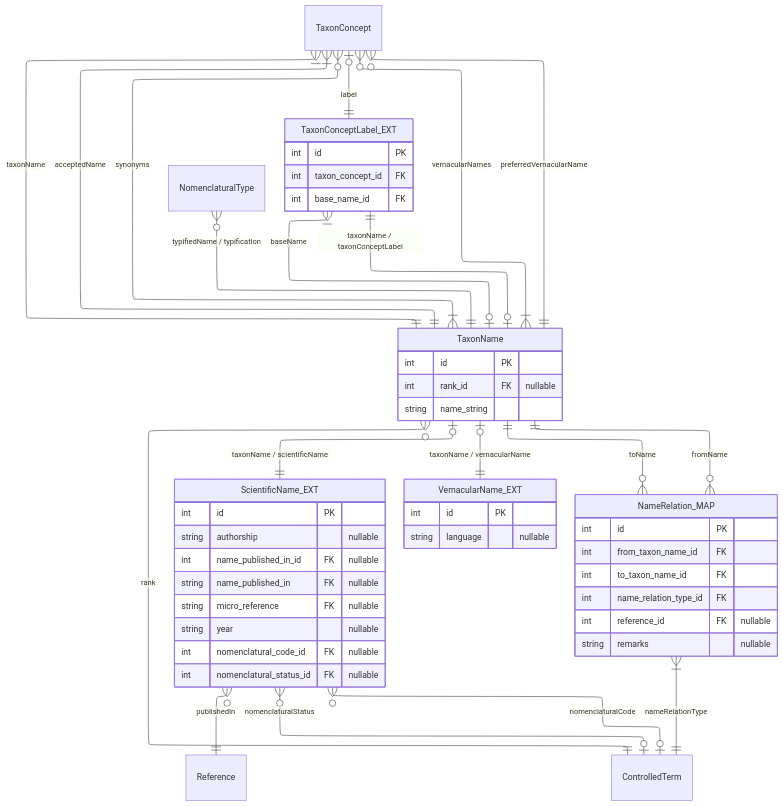
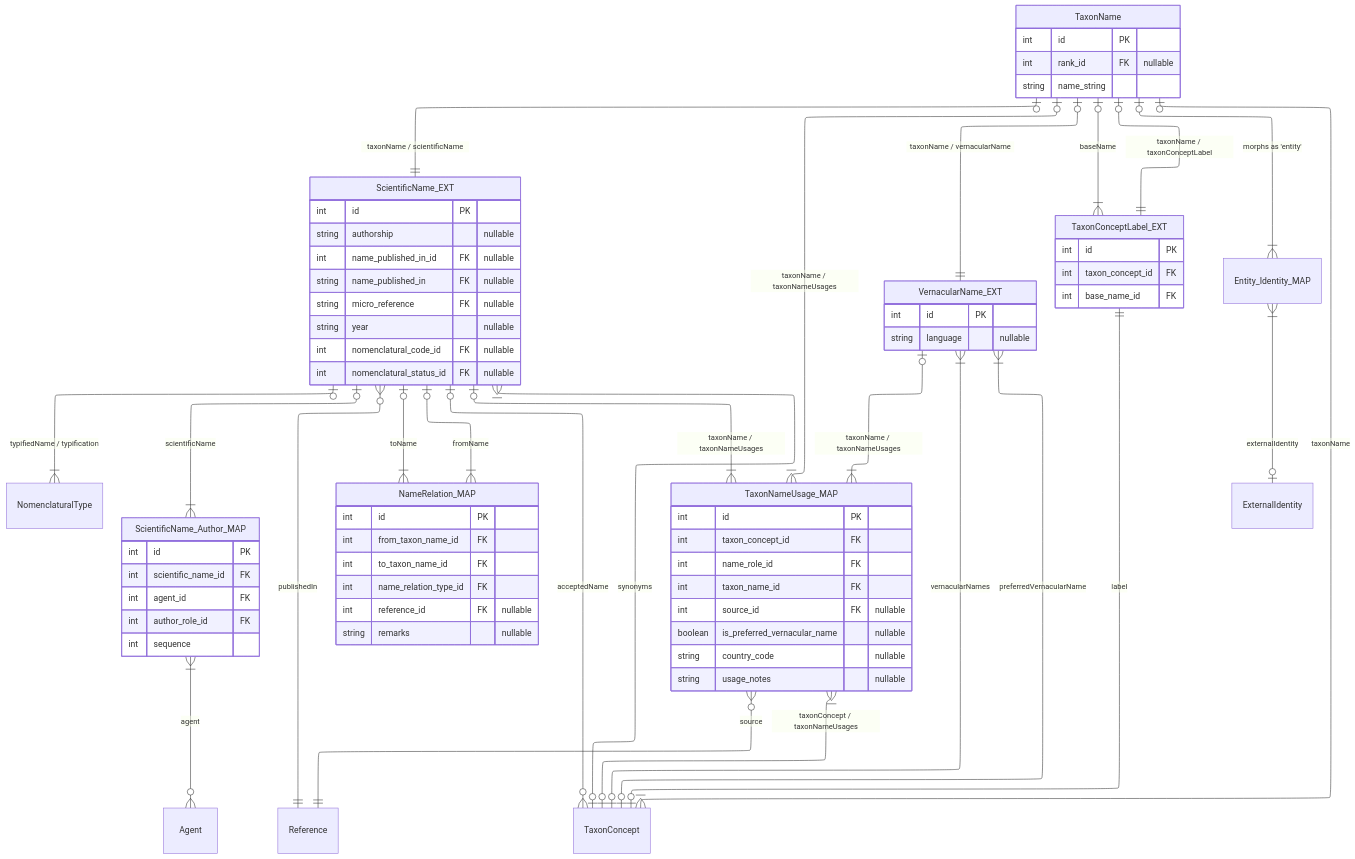
The third of 18 diagrams in docs/layers.md (vicflora/vicflora-data-model-2026), drawn with Mermaid before and after one commit. The commit also changed other lines of this file and 2 other files, not shown here.

````diff
--- a/docs/layers.md
+++ b/docs/layers.md
@@ -88,26 +116,68 @@
     layout: elk
 ---
 erDiagram
-    TaxonConcept }|--|| TaxonName : "taxonName"
-    TaxonConcept }|--|| TaxonName : "acceptedName"
-    TaxonConcept }o--|{ TaxonName : "synonyms"
-    TaxonConcept }o--|{ TaxonName : "vernacularNames"
-    TaxonConcept }o--|| TaxonName : "preferredVernacularName"
-    NomenclaturalType }o--|| TaxonName : "typifiedName / typification"
+
+    %% Sidecars
     TaxonName |o--|| ScientificName_EXT : "taxonName / scientificName"
+
+    %% Typification
+    ScientificName_EXT |o--|{ NomenclaturalType : "typifiedName / typification"
+
+    %% Scientific Name authorship
+    ScientificName_EXT |o--|{ ScientificName_Author_MAP : scientificName
+    ScientificName_Author_MAP }|--o{ Agent : agent
     ScientificName_EXT }o--|| Reference : "publishedIn"
+
     TaxonName |o--|| VernacularName_EXT : "taxonName / vernacularName"
-    TaxonName }o--|| ControlledTerm : "rank"
-    ScientificName_EXT }o--o| ControlledTerm: "nomenclaturalStatus"
-    ScientificName_EXT }o--o| ControlledTerm: "nomenclaturalCode"
+
+    %% The Syntactic Relationships
+    ScientificName_EXT |o--|{ NameRelation_MAP : "fromName"
+    ScientificName_EXT |o--|{ NameRelation_MAP : "toName"
+
+    %% Taxon Name <--> Taxon Concept relationships
+    TaxonName |o--|{ TaxonConcept : "taxonName"
+    ScientificName_EXT |o--o{ TaxonConcept : "acceptedName"
+    ScientificName_EXT }|--o| TaxonConcept : "synonyms"
+    VernacularName_EXT }|--o| TaxonConcept : "vernacularNames"
+    VernacularName_EXT }|--o| TaxonConcept : "preferredVernacularName"
+
+    TaxonName |o--|{ TaxonNameUsage_MAP : "taxonName / taxonNameUsages"
+    ScientificName_EXT |o--|{ TaxonNameUsage_MAP : "taxonName / taxonNameUsages"
+    VernacularName_EXT |o--|{ TaxonNameUsage_MAP : "taxonName / taxonNameUsages"
+    TaxonNameUsage_MAP }|--o| TaxonConcept : "taxonConcept / taxonNameUsages"
+    TaxonNameUsage_MAP }o--|| Reference : "source"
+    
+
     TaxonName |o--|| TaxonConceptLabel_EXT : "taxonName / taxonConceptLabel"
-    TaxonConcept |o--|| TaxonConceptLabel_EXT : "label"
-    TaxonConceptLabel_EXT }|--o| TaxonName : baseName
+
+
+
+
+    %% Taxon Concept Label
+    TaxonConceptLabel_EXT ||--o| TaxonConcept : "label"
+    TaxonName |o--|{ TaxonConceptLabel_EXT : baseName
+
+    %% External identifiers
+    TaxonName |o--|{ Entity_Identity_MAP : "morphs as 'entity'"
+    Entity_Identity_MAP }|--o| ExternalIdentity : "externalIdentity"
+
+    %% ScientificName_EXT }o--o| ControlledTerm: "nomenclaturalStatus"
+    %% ScientificName_EXT }o--o| ControlledTerm: "nomenclaturalCode"
+    %% ScientificName_Author_MAP }|--o| ControlledTerm : authorRole
+    %% NameRelation_MAP }|--o| ControlledTerm : "nameRelationType"
+    %% TaxonNameUsage_MAP }|--o| ControlledTerm : "nameRole"
+    %% TaxonName }o--o| ControlledTerm : "rank"
     
-    %% The Syntactic Relationships
-    TaxonName ||--o{ NameRelation_MAP : "fromName"
-    TaxonName ||--o{ NameRelation_MAP : "toName"
-    NameRelation_MAP }|--|| ControlledTerm : "nameRelationType"
+    TaxonNameUsage_MAP {
+        int id PK
+        int taxon_concept_id FK
+        int name_role_id FK
+        int taxon_name_id FK
+        int source_id FK "nullable"
+        boolean is_preferred_vernacular_name "nullable"
+        string country_code "nullable"
+        string usage_notes "nullable"    
+    }
 
     TaxonName {
         int id PK
@@ -145,4 +215,13 @@
         int reference_id FK "nullable"
         string remarks "nullable"
     }
+
+    ScientificName_Author_MAP {
+      int id PK
+      int scientific_name_id FK
+      int agent_id FK
+      int author_role_id FK
+      int sequence 
+    }
+
 ```
````
